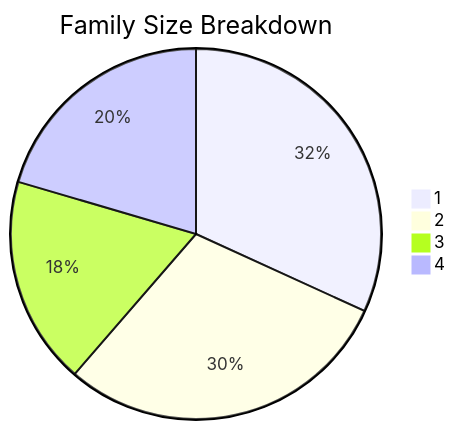
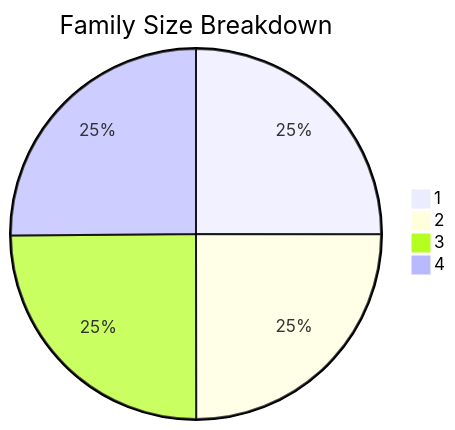
Before and after one commit to dhagan-va/intern-2025: the sixth of 10 diagrams in test-tools/DataGen/src/Statistics_Visualizer.md, drawn with Mermaid. The commit also changed other lines of this file and 2 other files, not shown here.

````diff
--- a/test-tools/DataGen/src/Statistics_Visualizer.md
+++ b/test-tools/DataGen/src/Statistics_Visualizer.md
@@ -67,7 +67,7 @@
 ```mermaid
 pie title Family Size Breakdown
-    "1" : 14
-    "2" : 13
-    "3" : 8
-    "4" : 9
+    "1" : 10006
+    "2" : 9979
+    "3" : 9952
+    "4" : 10045
 ```
````
